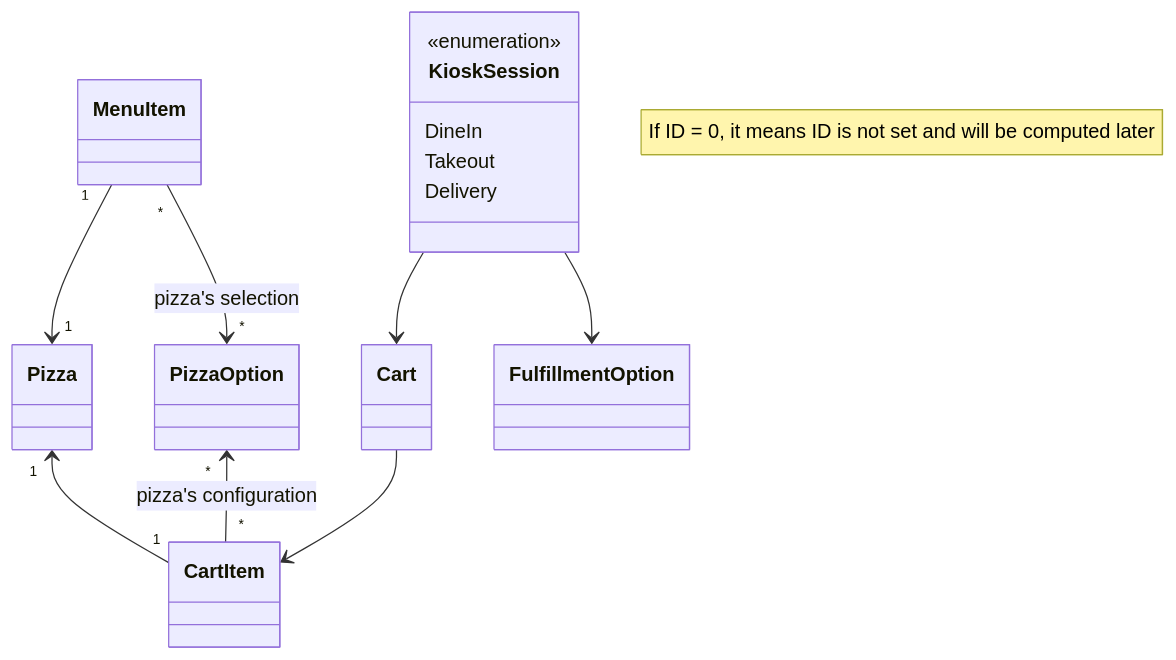
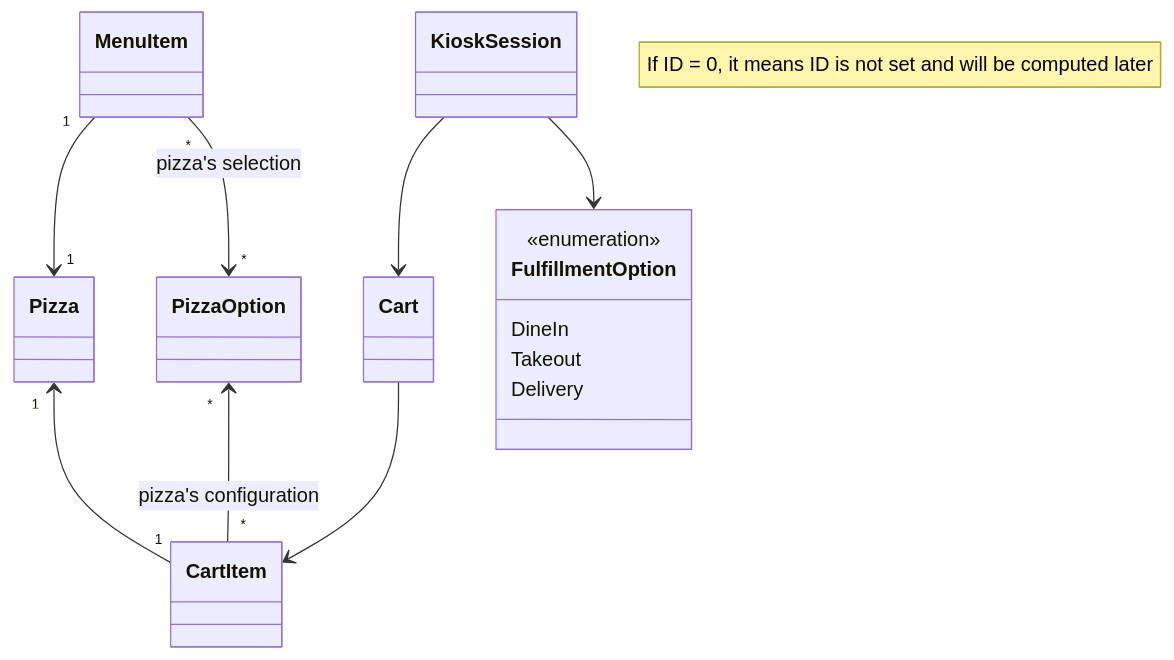
The diagram in README.md (ekral/Utb.PizzaKiosk), drawn with Mermaid before and after one commit.

````diff
--- a/README.md
+++ b/README.md
@@ -162,26 +162,25 @@
 ```mermaid
  classDiagram
    note "If ID = 0, it means ID is not set and will be computed later"
    %% direction LR
    class PizzaOption
    class Pizza
    class MenuItem
    class CartItem
    class Cart
-   class FulfillmentOption
-   class KioskSession{
+   class FulfillmentOption{
       <<enumeration>>
       DineIn
       Takeout
       Delivery
    }
-
+   class KioskSession
    MenuItem "1" --> "1"  Pizza
    Pizza "1" <-- "1"  CartItem
    MenuItem "*" --> "*"  PizzaOption : pizza's selection
    PizzaOption "*" <-- "*" CartItem : pizza's configuration
    Cart --> CartItem
    KioskSession --> Cart
    KioskSession --> FulfillmentOption
    
 ```
````
